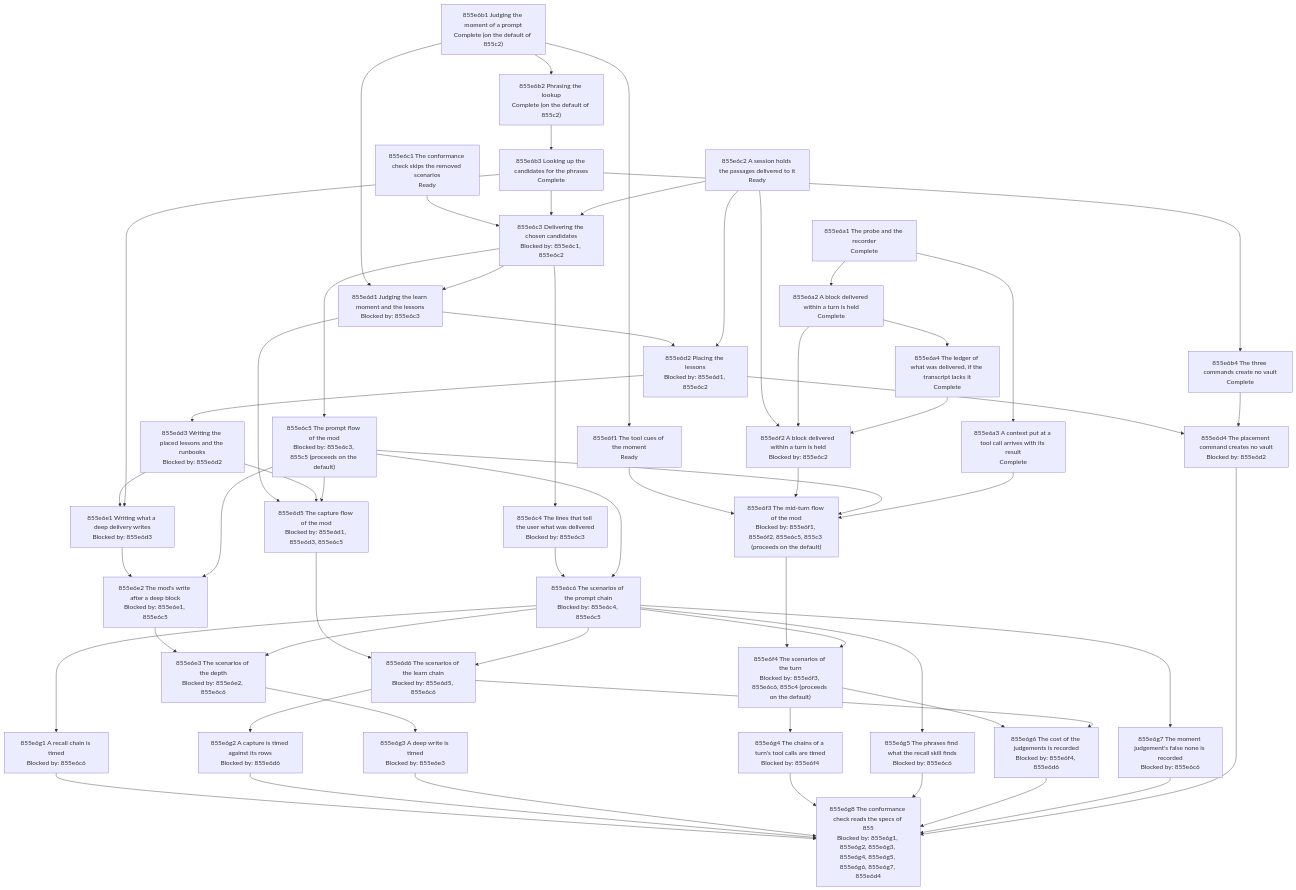
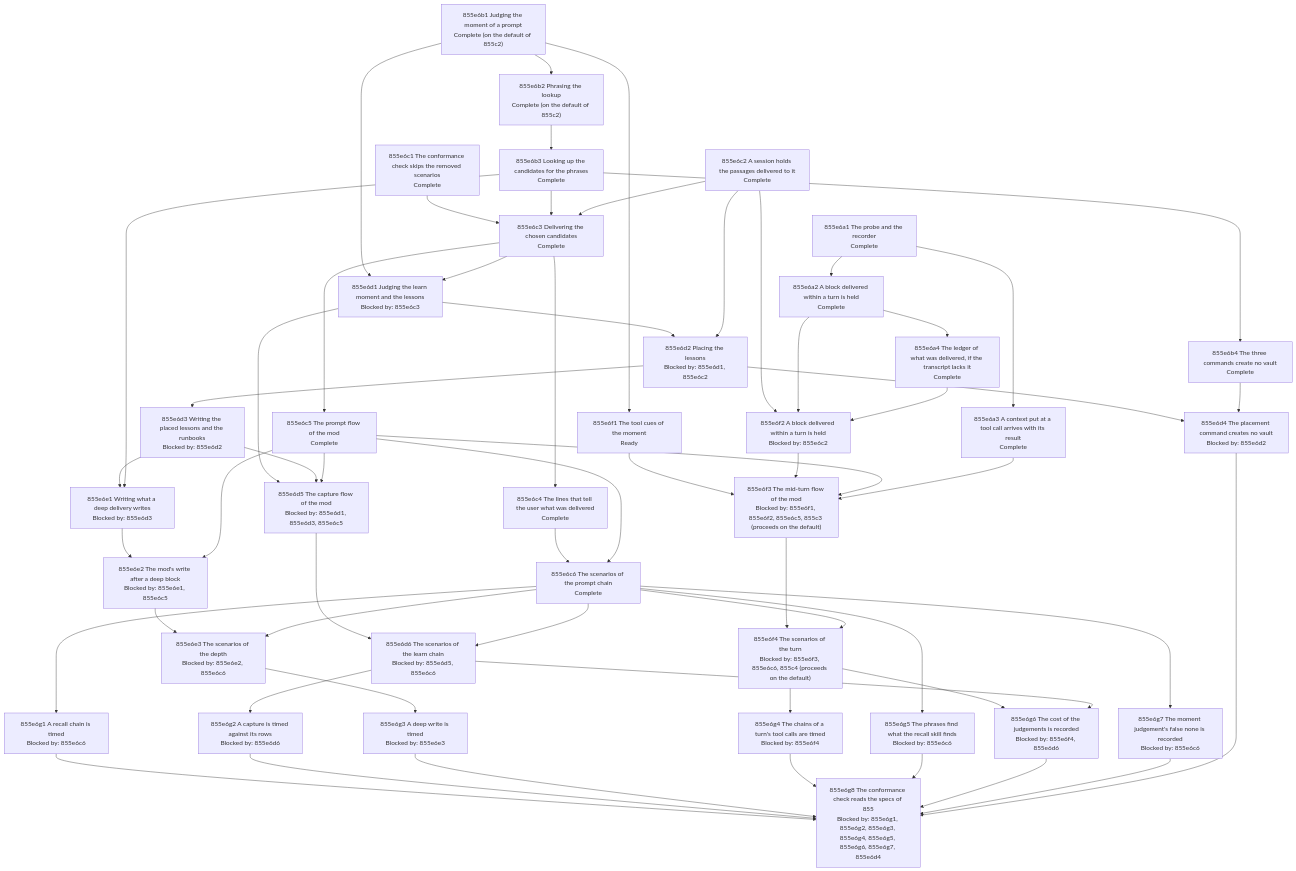
The diagram in docs/changes/855_judged-automatic-memory/855e_implementation-plan.md (toejough/engram), drawn with Mermaid before and after one commit. The commit also changed other lines of this file and 1 other file, not shown here.

First line of the commit message:
docs(855b,855e): the rows of group c are Done with their commits, the red n/a of the rows that passed against the 793 chain and their mutations, and decisions 855b69 to 855b72

```diff
--- a/docs/changes/855_judged-automatic-memory/855e_implementation-plan.md
+++ b/docs/changes/855_judged-automatic-memory/855e_implementation-plan.md
@@ -61,12 +61,12 @@
     n855e6b2["855e6b2 Phrasing the lookup<br/>Complete (on the default of 855c2)"]
     n855e6b3["855e6b3 Looking up the candidates for the phrases<br/>Complete"]
     n855e6b4["855e6b4 The three commands create no vault<br/>Complete"]
-    n855e6c1["855e6c1 The conformance check skips the removed scenarios<br/>Ready"]
-    n855e6c2["855e6c2 A session holds the passages delivered to it<br/>Ready"]
-    n855e6c3["855e6c3 Delivering the chosen candidates<br/>Blocked by: 855e6c1, 855e6c2"]
-    n855e6c4["855e6c4 The lines that tell the user what was delivered<br/>Blocked by: 855e6c3"]
-    n855e6c5["855e6c5 The prompt flow of the mod<br/>Blocked by: 855e6c3, 855c5 (proceeds on the default)"]
-    n855e6c6["855e6c6 The scenarios of the prompt chain<br/>Blocked by: 855e6c4, 855e6c5"]
+    n855e6c1["855e6c1 The conformance check skips the removed scenarios<br/>Complete"]
+    n855e6c2["855e6c2 A session holds the passages delivered to it<br/>Complete"]
+    n855e6c3["855e6c3 Delivering the chosen candidates<br/>Complete"]
+    n855e6c4["855e6c4 The lines that tell the user what was delivered<br/>Complete"]
+    n855e6c5["855e6c5 The prompt flow of the mod<br/>Complete"]
+    n855e6c6["855e6c6 The scenarios of the prompt chain<br/>Complete"]
     n855e6d1["855e6d1 Judging the learn moment and the lessons<br/>Blocked by: 855e6c3"]
     n855e6d2["855e6d2 Placing the lessons<br/>Blocked by: 855e6d1, 855e6c2"]
     n855e6d3["855e6d3 Writing the placed lessons and the runbooks<br/>Blocked by: 855e6d2"]
```
